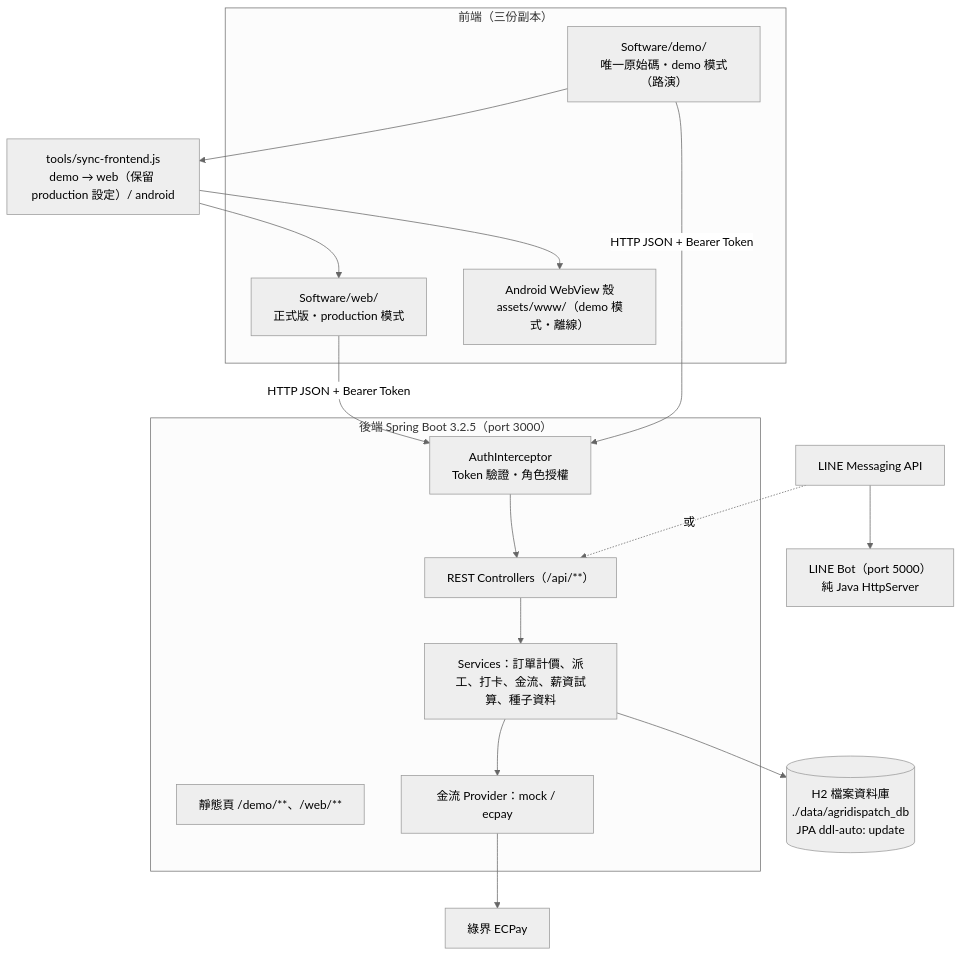
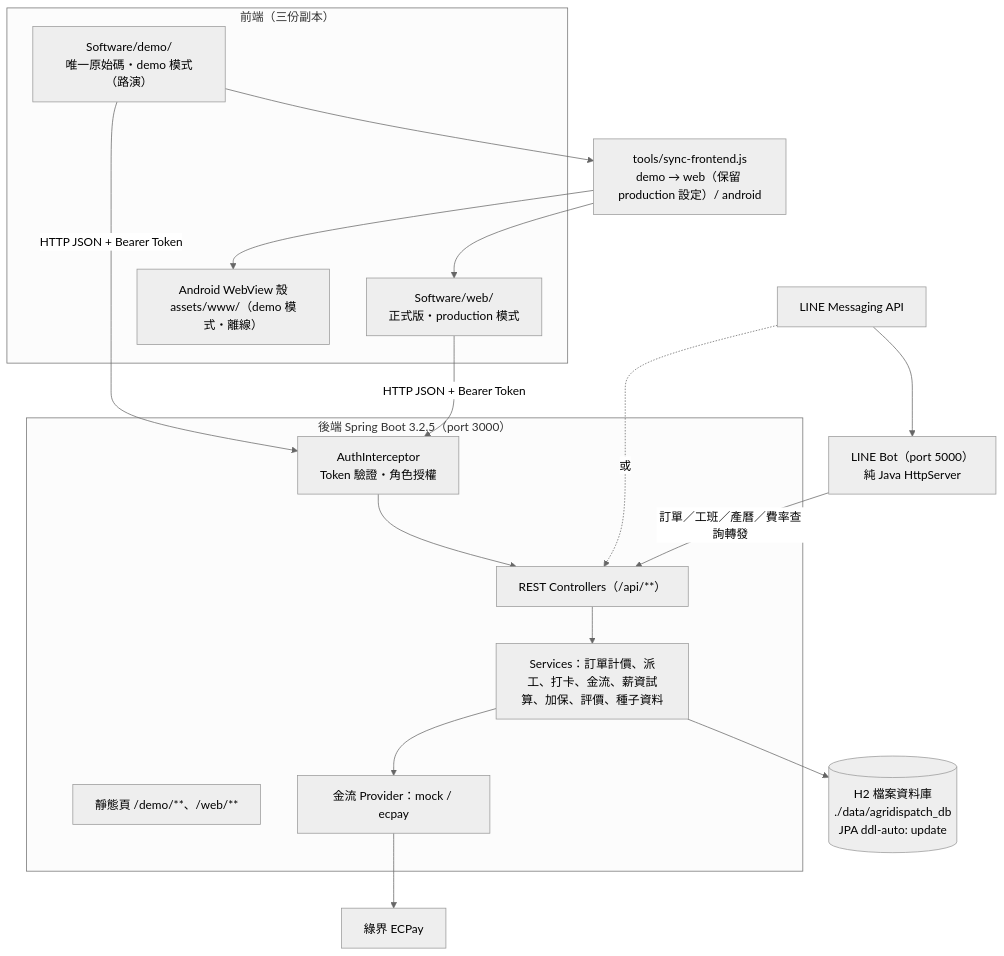
Before and after one commit to xx8888x/agridispatch: the fifth of 5 diagrams in 07_系統分析及文件/01_系統分析與架構設計規格書.md, drawn with Mermaid (neutral theme). The commit also changed other lines of this file and 3 other files, not shown here.

First line of the commit message:
Docs: 系統規格書與 ERD 升版 v3.1.0，對齊 10/1 程式現況

````diff
--- a/07_系統分析及文件/01_系統分析與架構設計規格書.md
+++ b/07_系統分析及文件/01_系統分析與架構設計規格書.md
@@ -189,27 +201,28 @@
 ```mermaid
 flowchart TB
     subgraph Client ["前端（三份副本）"]
         Demo["Software/demo/<br/>唯一原始碼・demo 模式（路演）"]
         Web["Software/web/<br/>正式版・production 模式"]
         Apk["Android WebView 殼<br/>assets/www/（demo 模式・離線）"]
     end
     Sync["tools/sync-frontend.js<br/>demo → web（保留 production 設定）/ android"]
     Demo --> Sync --> Web & Apk
 
     subgraph Backend ["後端 Spring Boot 3.2.5（port 3000）"]
         Static["靜態頁 /demo/**、/web/**"]
         Interceptor["AuthInterceptor<br/>Token 驗證・角色授權"]
         Controllers["REST Controllers（/api/**）"]
-        Services["Services：訂單計價、派工、打卡、金流、薪資試算、種子資料"]
+        Services["Services：訂單計價、派工、打卡、金流、薪資試算、加保、評價、種子資料"]
         Payment["金流 Provider：mock / ecpay"]
     end
     DB[("H2 檔案資料庫<br/>./data/agridispatch_db<br/>JPA ddl-auto: update")]
     LineBot["LINE Bot（port 5000）<br/>純 Java HttpServer"]
     LINE["LINE Messaging API"]
     ECPay["綠界 ECPay"]
 
     Web & Demo -->|HTTP JSON + Bearer Token| Interceptor --> Controllers --> Services --> DB
     Services --> Payment --> ECPay
     LINE --> LineBot
+    LineBot -->|訂單／工班／產曆／費率查詢轉發| Controllers
     LINE -.->|或| Controllers
 ```
````
